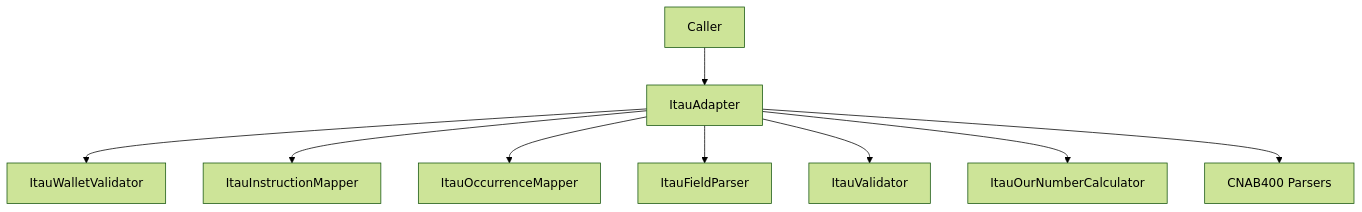
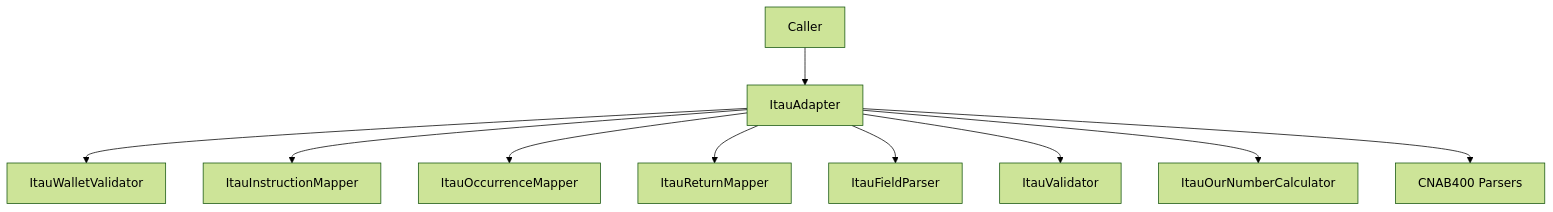
Before and after one commit to linkiez/BoletoSDK: the diagram in src/adapters/itau/ItauAdapter.doc.md, drawn with Mermaid (forest theme). The commit also changed other lines of this file and 17 other files, not shown here.

Commit message:
feat: expand itau return enrichment and normalization

````diff
--- a/src/adapters/itau/ItauAdapter.doc.md
+++ b/src/adapters/itau/ItauAdapter.doc.md
@@ -71,11 +78,12 @@
 ```mermaid
 flowchart TD
   A[Caller] --> B[ItauAdapter]
   B --> C[ItauWalletValidator]
   B --> D[ItauInstructionMapper]
   B --> E[ItauOccurrenceMapper]
-  B --> F[ItauFieldParser]
-  B --> G[ItauValidator]
-  B --> H[ItauOurNumberCalculator]
-  B --> I[CNAB400 Parsers]
+  B --> F[ItauReturnMapper]
+  B --> G[ItauFieldParser]
+  B --> H[ItauValidator]
+  B --> I[ItauOurNumberCalculator]
+  B --> J[CNAB400 Parsers]
 ```
````
